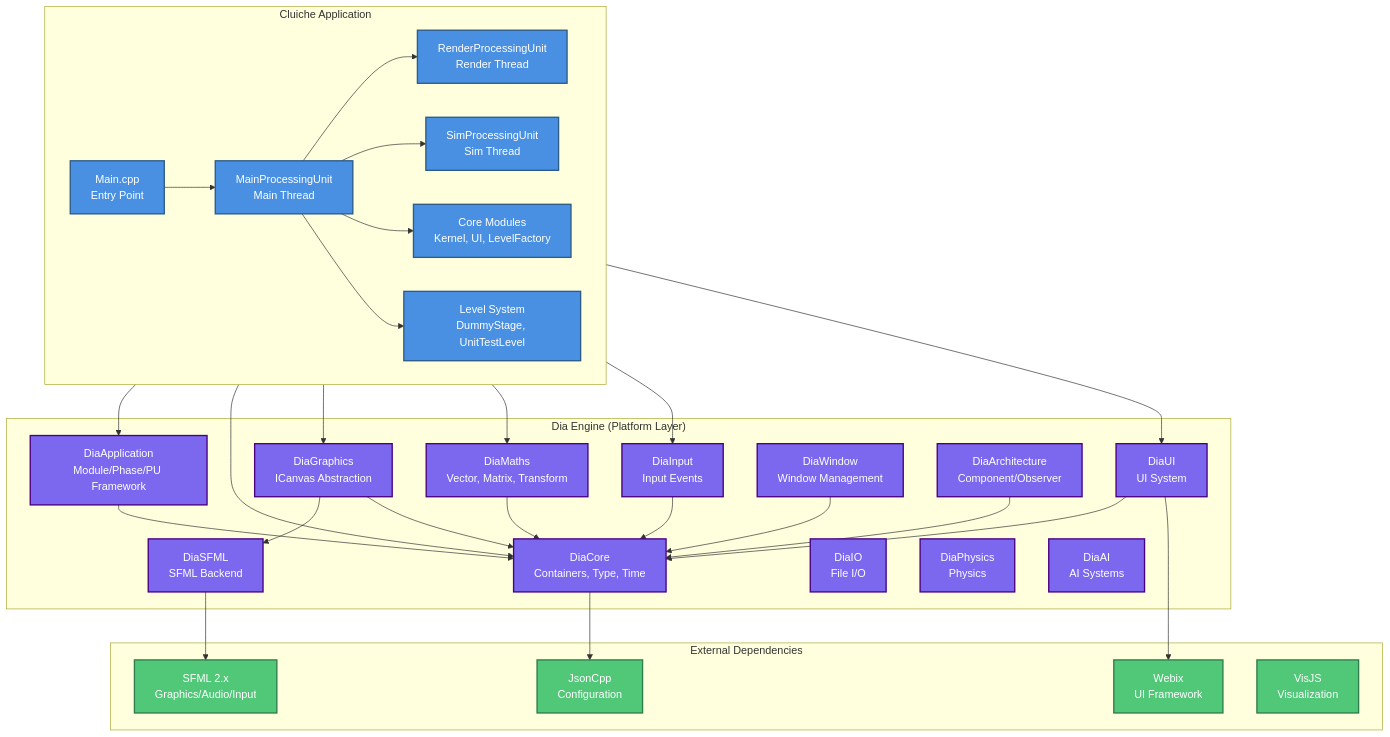
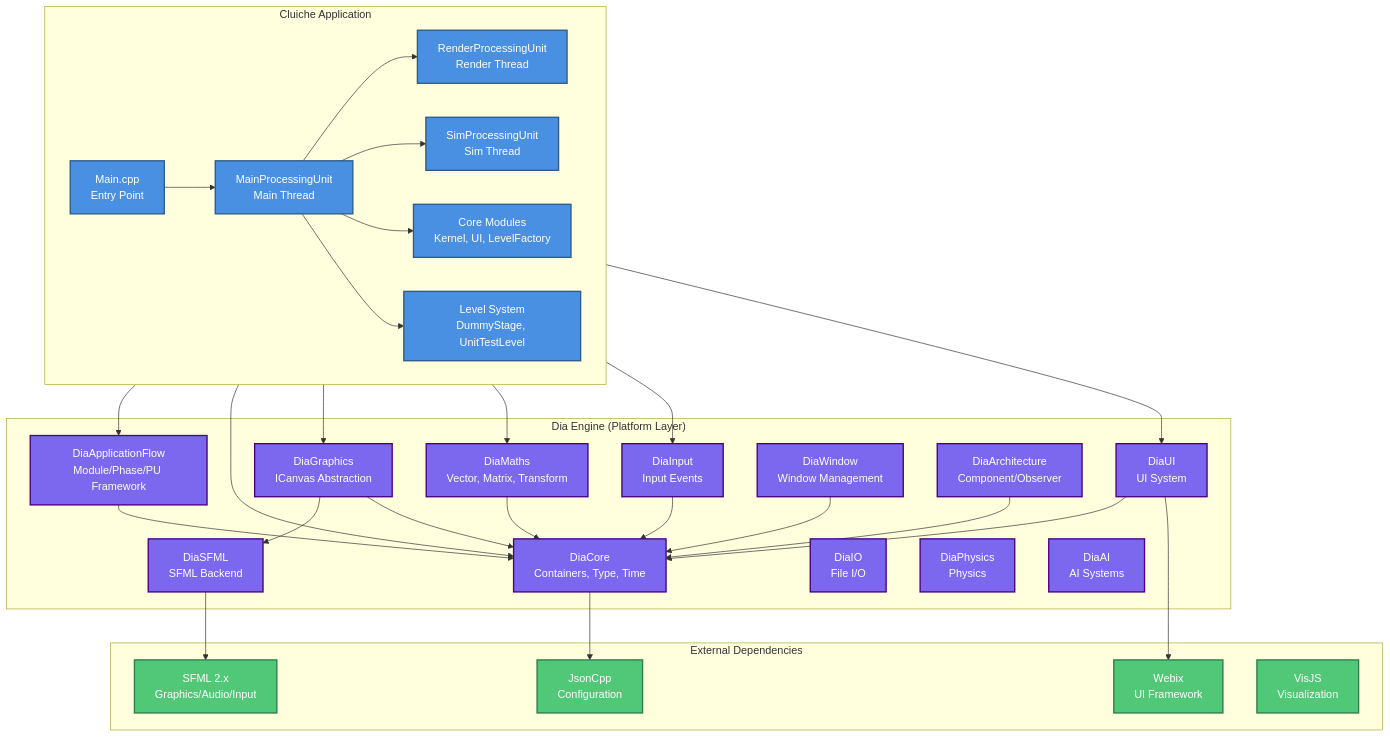
The diagram in docs/reference/architecture/diagrams/system-overview.md (LenihanConor/Cluiche), drawn with Mermaid before and after one commit. The commit also changed 343 other files, not shown here.

First line of the commit message:
Rename DiaApplication → DiaApplicationFlow and add v2 application flow

````diff
--- a/docs/reference/architecture/diagrams/system-overview.md
+++ b/docs/reference/architecture/diagrams/system-overview.md
@@ -9,72 +9,72 @@
 ```mermaid
 graph TB
     subgraph External["External Dependencies"]
         SFML["SFML 2.x<br/>Graphics/Audio/Input"]
         JsonCpp["JsonCpp<br/>Configuration"]
         Webix["Webix<br/>UI Framework"]
         VisJS["VisJS<br/>Visualization"]
     end
 
     subgraph Dia["Dia Engine (Platform Layer)"]
-        DiaApp["DiaApplication<br/>Module/Phase/PU Framework"]
+        DiaApp["DiaApplicationFlow<br/>Module/Phase/PU Framework"]
         DiaCore["DiaCore<br/>Containers, Type, Time"]
         DiaGraphics["DiaGraphics<br/>ICanvas Abstraction"]
         DiaMaths["DiaMaths<br/>Vector, Matrix, Transform"]
         DiaInput["DiaInput<br/>Input Events"]
         DiaUI["DiaUI<br/>UI System"]
         DiaWindow["DiaWindow<br/>Window Management"]
         DiaSFML["DiaSFML<br/>SFML Backend"]
         DiaIO["DiaIO<br/>File I/O"]
         DiaPhysics["DiaPhysics<br/>Physics"]
         DiaAI["DiaAI<br/>AI Systems"]
         DiaArch["DiaArchitecture<br/>Component/Observer"]
     end
 
     subgraph Cluiche["Cluiche Application"]
         Main["Main.cpp<br/>Entry Point"]
         MainPU["MainProcessingUnit<br/>Main Thread"]
         RenderPU["RenderProcessingUnit<br/>Render Thread"]
         SimPU["SimProcessingUnit<br/>Sim Thread"]
         Levels["Level System<br/>DummyStage, UnitTestLevel"]
         Modules["Core Modules<br/>Kernel, UI, LevelFactory"]
     end
 
     %% Application layer connections
     Main --> MainPU
     MainPU --> RenderPU
     MainPU --> SimPU
     MainPU --> Modules
     MainPU --> Levels
 
     %% Cluiche depends on Dia
     Cluiche --> DiaApp
     Cluiche --> DiaCore
     Cluiche --> DiaGraphics
     Cluiche --> DiaMaths
     Cluiche --> DiaInput
     Cluiche --> DiaUI
 
     %% Dia internal dependencies
     DiaApp --> DiaCore
     DiaGraphics --> DiaSFML
     DiaGraphics --> DiaCore
     DiaMaths --> DiaCore
     DiaInput --> DiaCore
     DiaUI --> DiaCore
     DiaWindow --> DiaCore
     DiaArch --> DiaCore
 
     %% Dia depends on External
     DiaSFML --> SFML
     DiaCore --> JsonCpp
     DiaUI --> Webix
 
     %% Styling
     classDef appLayer fill:#4A90E2,stroke:#2E5C8A,stroke-width:2px,color:#fff
     classDef engineLayer fill:#7B68EE,stroke:#4B0082,stroke-width:2px,color:#fff
     classDef externalLayer fill:#50C878,stroke:#2F7D4E,stroke-width:2px,color:#fff
 
     class Main,MainPU,RenderPU,SimPU,Levels,Modules appLayer
     class DiaApp,DiaCore,DiaGraphics,DiaMaths,DiaInput,DiaUI,DiaWindow,DiaSFML,DiaIO,DiaPhysics,DiaAI,DiaArch engineLayer
     class SFML,JsonCpp,Webix,VisJS externalLayer
 ```
````
